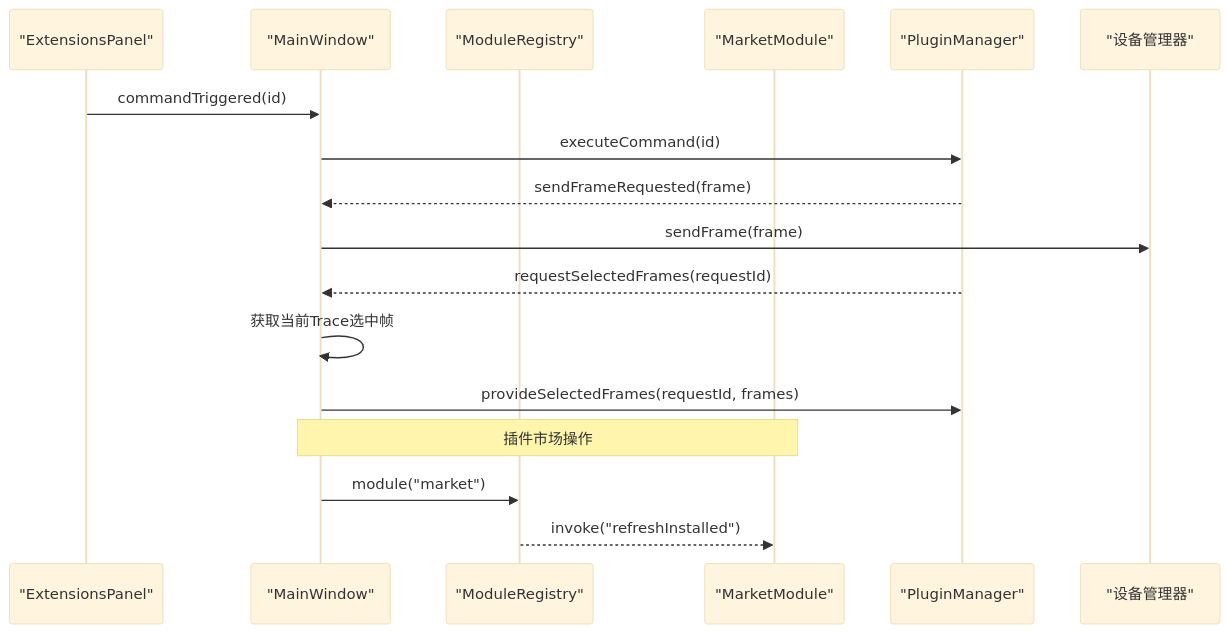
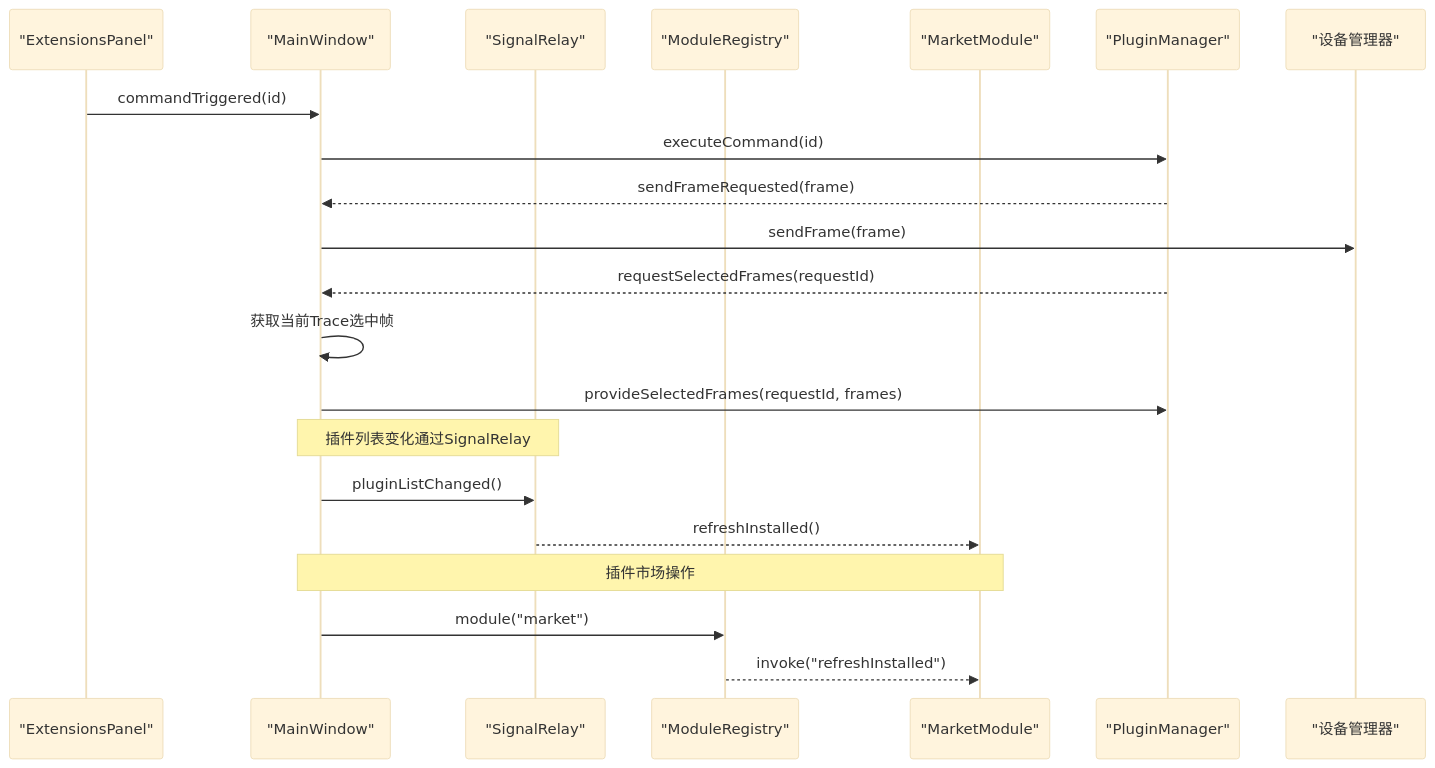
The seventh of 10 diagrams in .qoder/repowiki/zh/content/架构设计/主窗口组件架构.md (jakecai1225-design/OpenBus), drawn with Mermaid (base theme) before and after one commit. The commit also changed other lines of this file and 15 other files, not shown here.

Commit message:
trace graphic优化

````diff
--- a/.qoder/repowiki/zh/content/架构设计/主窗口组件架构.md
+++ b/.qoder/repowiki/zh/content/架构设计/主窗口组件架构.md
@@ -341,19 +386,23 @@
 ```mermaid
 sequenceDiagram
 participant Ext as "ExtensionsPanel"
 participant MW as "MainWindow"
+participant SR as "SignalRelay"
 participant MR as "ModuleRegistry"
 participant MM as "MarketModule"
 participant Plug as "PluginManager"
 participant Dev as "设备管理器"
 Ext->>MW : commandTriggered(id)
 MW->>Plug : executeCommand(id)
 Plug-->>MW : sendFrameRequested(frame)
 MW->>Dev : sendFrame(frame)
 Plug-->>MW : requestSelectedFrames(requestId)
 MW->>MW : 获取当前Trace选中帧
 MW->>Plug : provideSelectedFrames(requestId, frames)
+Note over MW,SR : 插件列表变化通过SignalRelay
+MW->>SR : pluginListChanged()
+SR-->>MM : refreshInstalled()
 Note over MW,MM : 插件市场操作
 MW->>MR : module("market")
 MR-->>MM : invoke("refreshInstalled")
 ```
````
